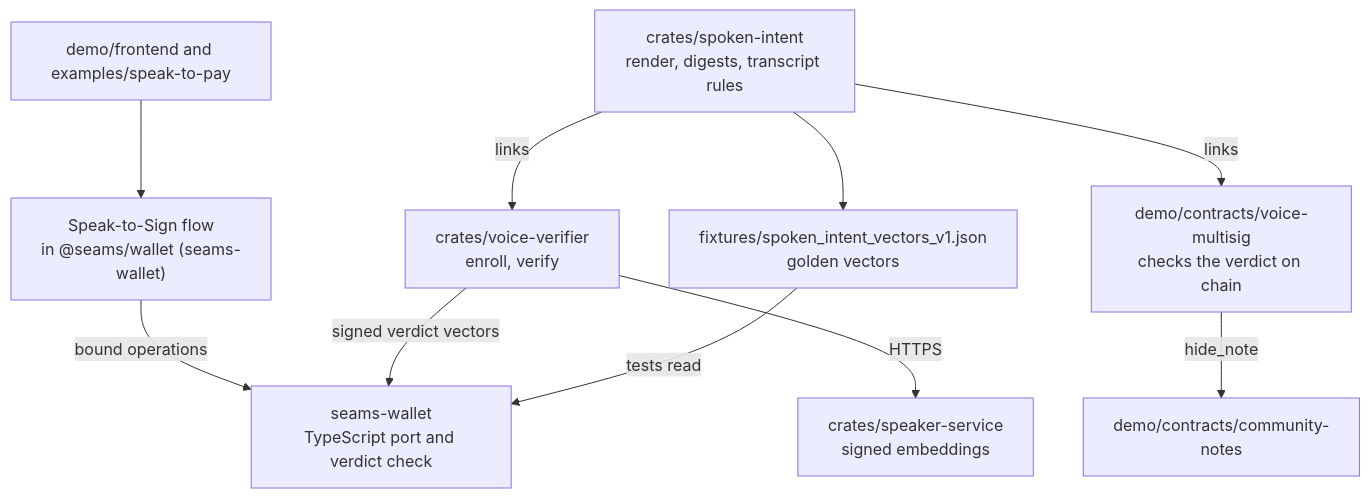
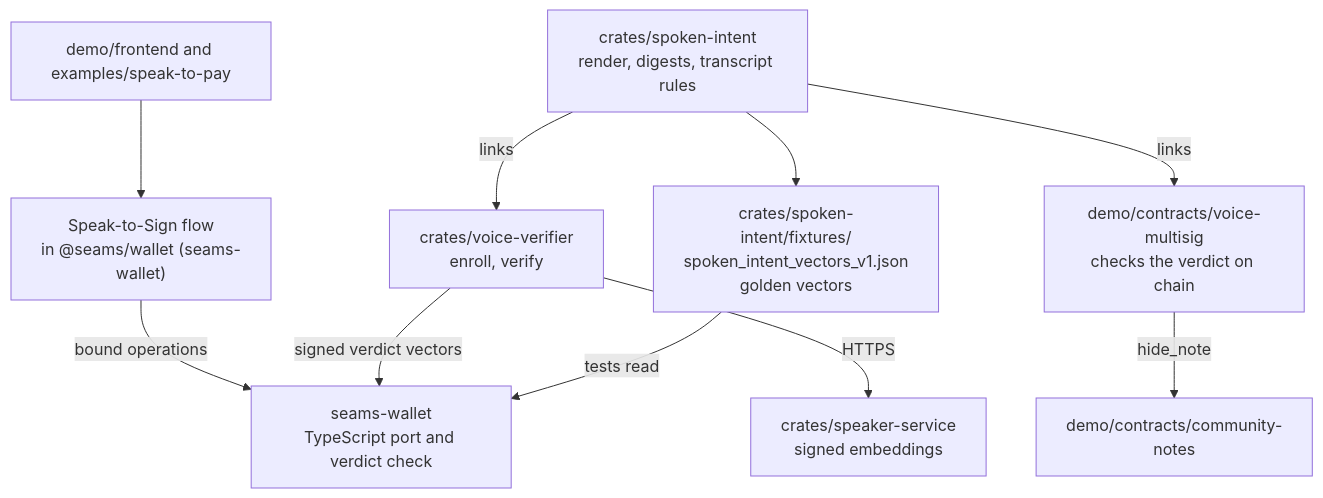
One commit to seams-tech/speak-to-sign changed the second of 9 diagrams in docs/architecture.md. Above: the diagram before and after it, drawn with Mermaid. The commit also changed other lines of this file and 15 other files, not shown here.

````diff
--- a/docs/architecture.md
+++ b/docs/architecture.md
@@ -61,22 +61,22 @@
 ```mermaid
 flowchart TB
   SI["crates/spoken-intent<br/>render, digests, transcript rules"]
-  Vec["fixtures/spoken_intent_vectors_v1.json<br/>golden vectors"]
+  Vec["crates/spoken-intent/fixtures/<br/>spoken_intent_vectors_v1.json<br/>golden vectors"]
   VV["crates/voice-verifier<br/>enroll, verify"]
   SS["crates/speaker-service<br/>signed embeddings"]
   MS["demo/contracts/voice-multisig<br/>checks the verdict on chain"]
   CN["demo/contracts/community-notes"]
   WT["seams-wallet<br/>TypeScript port and verdict check"]
   PL["Speak-to-Sign flow<br/>in @seams/wallet (seams-wallet)"]
   FE["demo/frontend and examples/speak-to-pay"]
 
   SI --> Vec
   SI -->|links| VV
   SI -->|links| MS
   Vec -->|tests read| WT
   VV -->|signed verdict vectors| WT
   VV -->|HTTPS| SS
   PL -->|bound operations| WT
   FE --> PL
   MS -->|hide_note| CN
 ```
````
